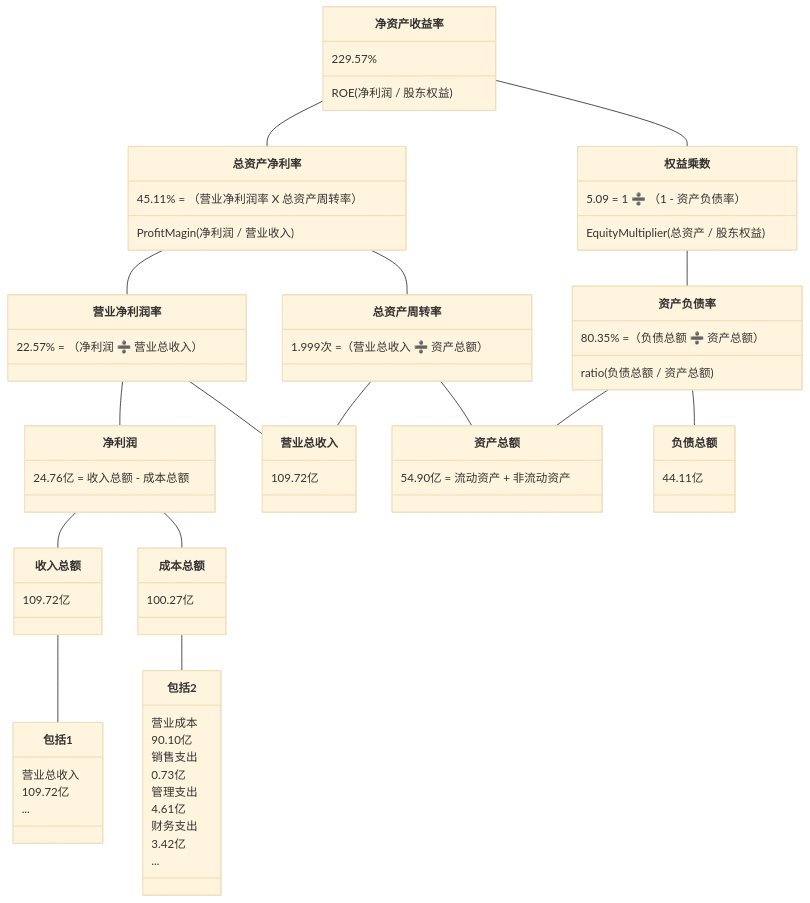
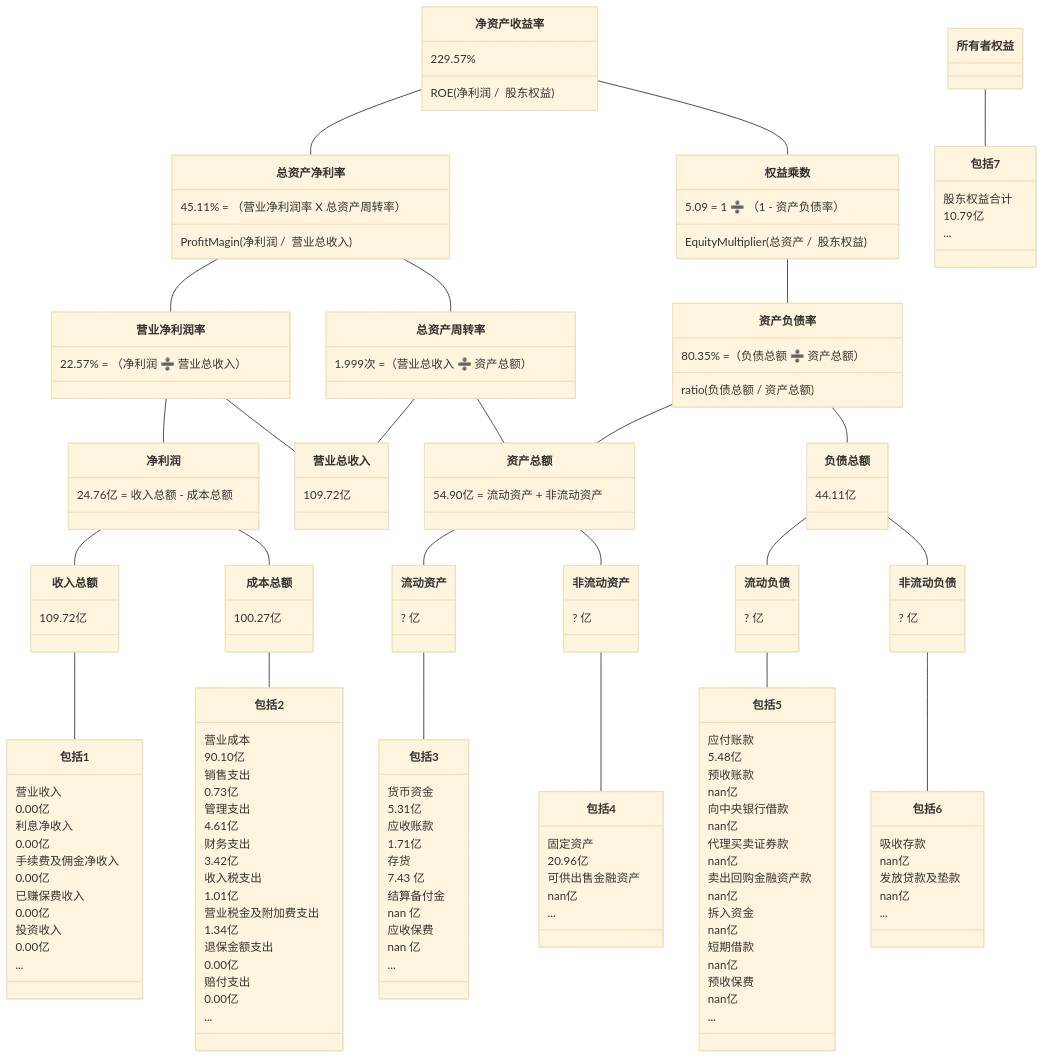
Before and after one commit to TheVeryDarkness/cs410: the second of 10 diagrams in 2/2.md, drawn with Mermaid (base theme). The commit also changed other lines of this file and 101 other files, not shown here.

````diff
--- a/2/2.md
+++ b/2/2.md
@@ -59,51 +128,121 @@
 ```mermaid
 classDiagram
 净资产收益率 -- 总资产净利率
-	净资产收益率 : 229.57%
-	净资产收益率 : ROE(净利润 /  股东权益)
-	总资产净利率 : 45.11% = （营业净利润率 X 总资产周转率）
-	总资产净利率 : ProfitMagin(净利润 /  营业收入)
+    净资产收益率 : 229.57%
+    净资产收益率 : ROE(净利润 /  股东权益)
+    总资产净利率 : 45.11% = （营业净利润率 X 总资产周转率）
+    总资产净利率 : ProfitMagin(净利润 /  营业总收入)
 净资产收益率 -- 权益乘数
-	权益乘数 : 5.09 = 1 ➗ （1 - 资产负债率）
-	权益乘数 : EquityMultiplier(总资产 /  股东权益)
-	
+    权益乘数 : 5.09 = 1 ➗ （1 - 资产负债率）
+    权益乘数 : EquityMultiplier(总资产 /  股东权益)
+    
 总资产净利率 -- 营业净利润率
-	营业净利润率 : 22.57% = （净利润 ➗ 营业总收入）
+    营业净利润率 : 22.57% = （净利润 ➗ 营业总收入）
 总资产净利率 -- 总资产周转率
-	总资产周转率 : 1.999次 =（营业总收入 ➗ 资产总额）
+    总资产周转率 : 1.999次 =（营业总收入 ➗ 资产总额）
 权益乘数 -- 资产负债率
-	资产负债率  : 80.35% =（负债总额 ➗ 资产总额）
-	资产负债率  : ratio(负债总额 / 资产总额)
+    资产负债率  : 80.35% =（负债总额 ➗ 资产总额）
+    资产负债率  : ratio(负债总额 / 资产总额)
 
 营业净利润率 -- 净利润
-	净利润 : 24.76亿 = 收入总额 - 成本总额
+    净利润 : 24.76亿 = 收入总额 - 成本总额
 营业净利润率 -- 营业总收入
-	营业总收入 : 109.72亿
+    营业总收入 : 109.72亿
 总资产周转率 -- 营业总收入
 总资产周转率 -- 资产总额
-	资产总额 : 54.90亿 = 流动资产 + 非流动资产
+    资产总额 : 54.90亿 = 流动资产 + 非流动资产
 资产负债率 -- 　负债总额
-	负债总额 : 44.11亿
+    负债总额 : 44.11亿
 资产负债率 -- 　资产总额
 
 
 净利润 -- 收入总额
-	收入总额 : 109.72亿
+    收入总额 : 109.72亿
 净利润 -- 成本总额
-	成本总额 : 100.27亿
+    成本总额 : 100.27亿
+资产总额 -- 流动资产
+	流动资产 : ? 亿
+资产总额 -- 非流动资产
+	非流动资产 : ? 亿
+负债总额 -- 流动负债
+	流动负债 : ? 亿
+负债总额 -- 非流动负债
+	非流动负债 : ? 亿
 
 收入总额 -- 包括1
-	包括1 : 营业总收入
-	包括1 : 109.72亿
-	包括1 : ...
+    包括1 : 营业收入
+    包括1 : 0.00亿
+    包括1 : 利息净收入
+    包括1 : 0.00亿
+    包括1 : 手续费及佣金净收入
+    包括1 : 0.00亿
+    包括1 : 已赚保费收入
+    包括1 : 0.00亿
+    包括1 : 投资收入
+    包括1 : 0.00亿
+    包括1 : ...
 成本总额 -- 包括2
-	包括2 : 营业成本
-	包括2 : 90.10亿
-	包括2 : 销售支出
-	包括2 : 0.73亿
-	包括2 : 管理支出
-	包括2 : 4.61亿
-	包括2 : 财务支出
-	包括2 : 3.42亿
-	包括2 : ...
+    包括2 : 营业成本
+    包括2 : 90.10亿
+    包括2 : 销售支出
+    包括2 : 0.73亿
+    包括2 : 管理支出
+    包括2 : 4.61亿
+    包括2 : 财务支出
+    包括2 : 3.42亿
+    包括2 : 收入税支出
+    包括2 : 1.01亿
+    包括2 : 营业税金及附加费支出
+    包括2 : 1.34亿
+    包括2 : 退保金额支出
+    包括2 : 0.00亿
+    包括2 : 赔付支出
+    包括2 : 0.00亿
+    包括2 : ...
+流动资产 -- 包括3
+    包括3 : 货币资金
+    包括3 : 5.31亿
+    包括3 : 应收账款
+    包括3 : 1.71亿
+    包括3 : 存货
+    包括3 : 7.43 亿
+    包括3 : 结算备付金
+    包括3 : nan 亿
+    包括3 : 应收保费
+    包括3 : nan 亿
+    包括3 : ...
+非流动资产 -- 包括4
+    包括4 : 固定资产
+    包括4 : 20.96亿
+    包括4 : 可供出售金融资产
+    包括4 : nan亿
+    包括4 : ...
+流动负债 -- 包括5
+    包括5 : 应付账款
+    包括5 : 5.48亿
+    包括5 : 预收账款
+    包括5 : nan亿
+    包括5 : 向中央银行借款
+    包括5 : nan亿
+    包括5 : 代理买卖证券款
+    包括5 : nan亿
+    包括5 : 卖出回购金融资产款
+    包括5 : nan亿
+    包括5 : 拆入资金
+    包括5 : nan亿
+    包括5 : 短期借款
+    包括5 : nan亿
+    包括5 : 预收保费
+    包括5 : nan亿
+    包括5 : ...
+非流动负债 -- 包括6
+    包括6 : 吸收存款
+    包括6 : nan亿
+    包括6 : 发放贷款及垫款
+    包括6 : nan亿
+    包括6 : ...
+所有者权益 -- 包括7
+    包括7 : 股东权益合计
+    包括7 : 10.79亿
+    包括7 : ...
 ```
````
